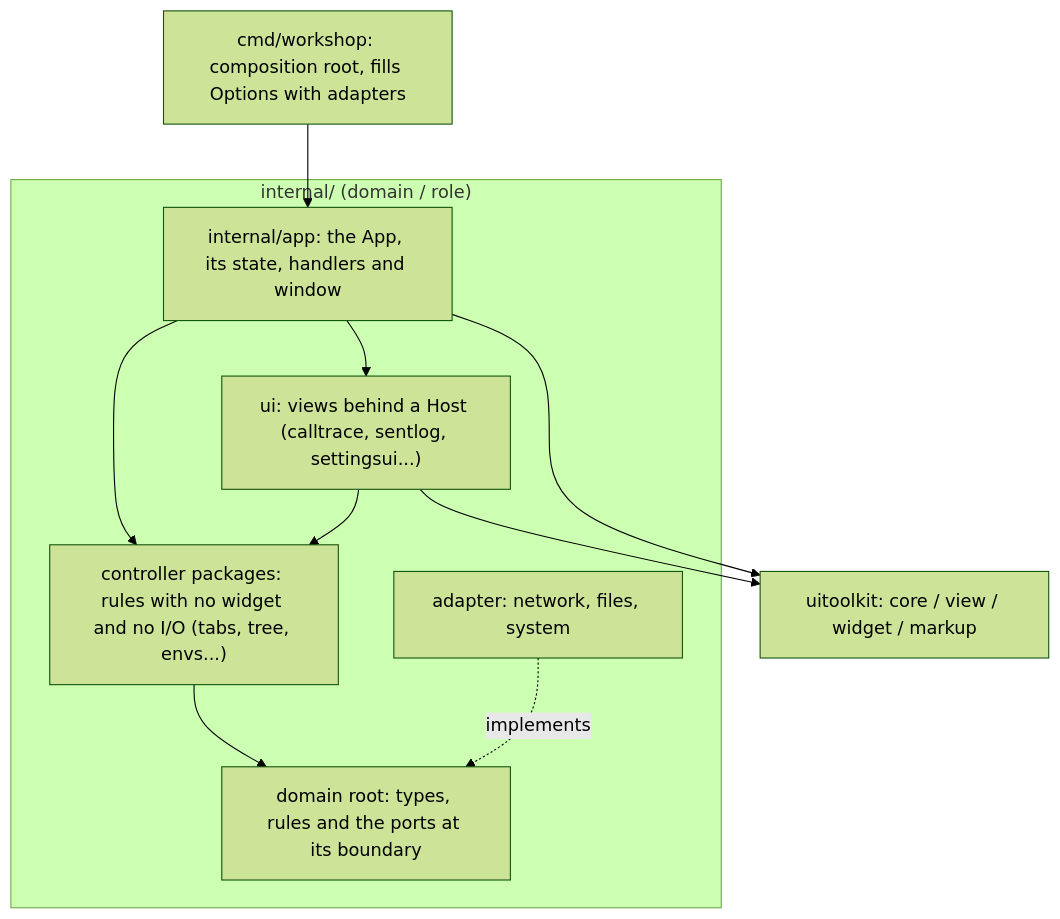
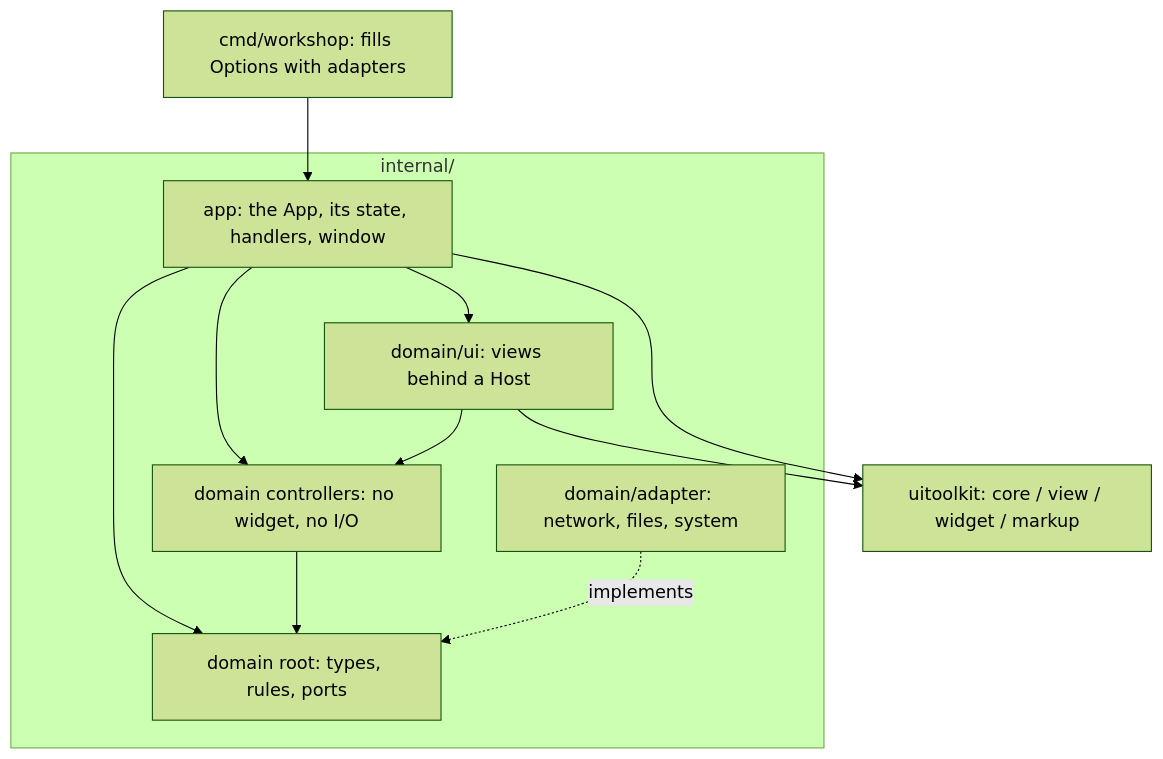
One commit to gascoigne-ai/gascoigne-workshop changed the diagram in .harness/overview.md. Above: the diagram before and after it, drawn with Mermaid (forest theme). The commit also changed other lines of this file and 4 other files, not shown here.

````diff
--- a/.harness/overview.md
+++ b/.harness/overview.md
@@ -28,15 +33,15 @@
 ```mermaid
 flowchart TB
-  cmd["cmd/workshop: composition root, fills Options with adapters"] --> app
-  subgraph internal["internal/ (domain / role)"]
-    app["internal/app: the App, its state, handlers and window"]
-    ui["ui: views behind a Host (calltrace, sentlog, settingsui...)"]
-    ctl["controller packages: rules with no widget and no I/O (tabs, tree, envs...)"]
-    root["domain root: types, rules and the ports at its boundary"]
-    adapter["adapter: network, files, system"]
+  cmd["cmd/workshop: fills Options with adapters"] --> app
+  subgraph internal["internal/"]
+    app["app: the App, its state, handlers, window"]
+    ui["domain/ui: views behind a Host"]
+    ctl["domain controllers: no widget, no I/O"]
+    root["domain root: types, rules, ports"]
+    adapter["domain/adapter: network, files, system"]
   end
-  app --> ui & ctl
+  app --> ui & ctl & root
   ui --> ctl --> root
   adapter -. implements .-> root
   ui & app --> toolkit["uitoolkit: core / view / widget / markup"]
 ```
````
